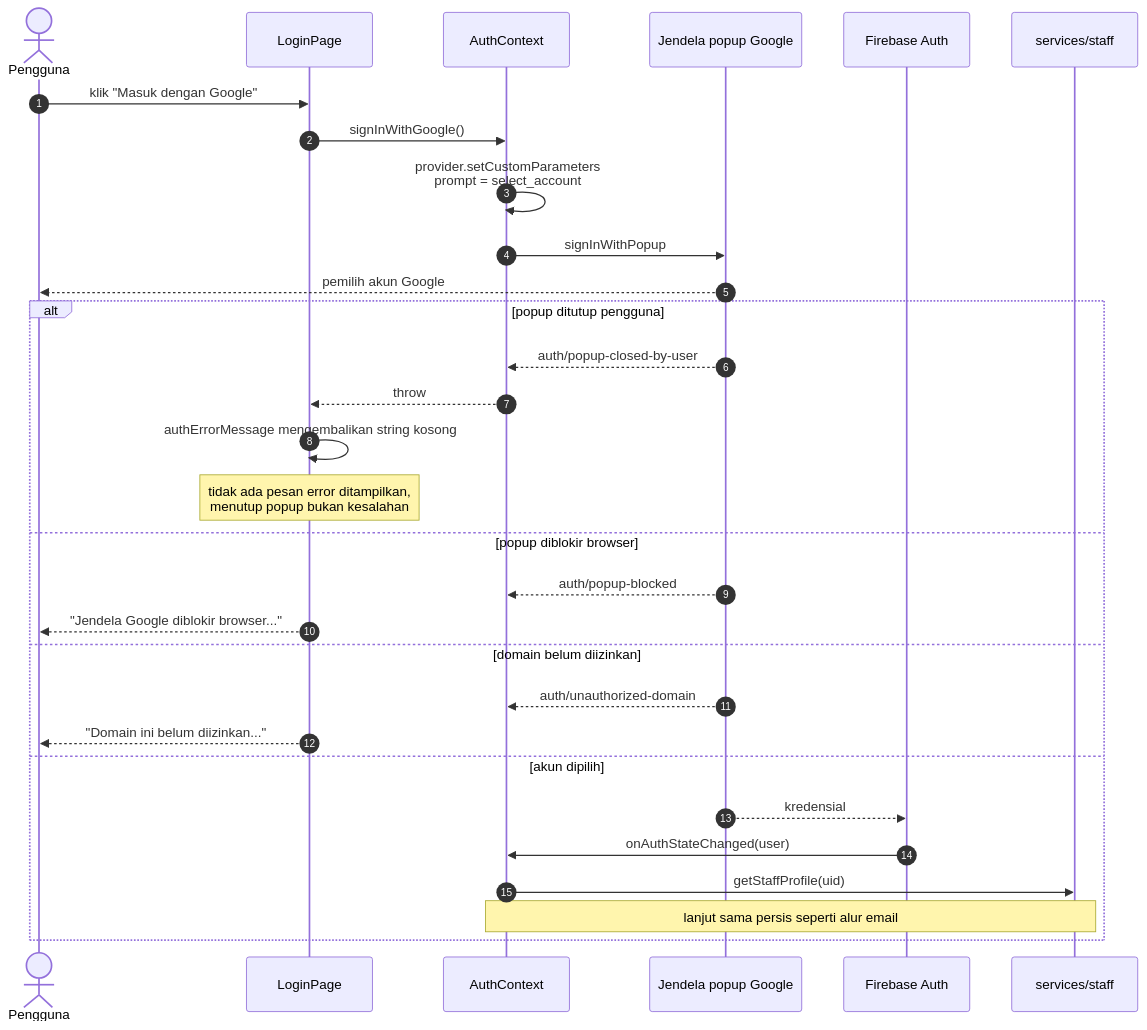
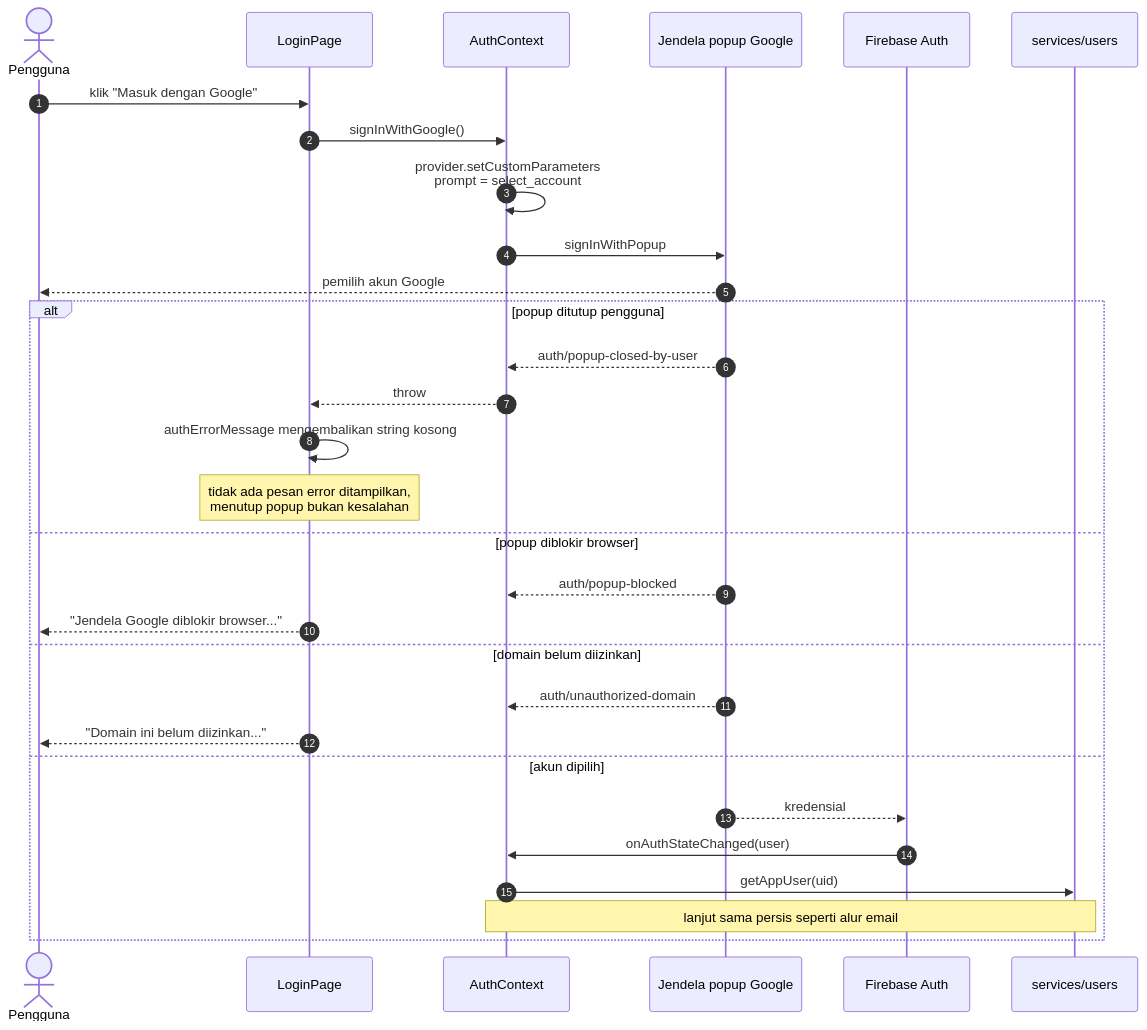
One commit to nadhimc/simple-pos-kkn-agung changed the third of 8 diagrams in docs/autentikasi.md. Above: the diagram before and after it, drawn with Mermaid. The commit also changed other lines of this file and 10 other files, not shown here.

````diff
--- a/docs/autentikasi.md
+++ b/docs/autentikasi.md
@@ -71,34 +137,34 @@
 ```mermaid
 sequenceDiagram
   autonumber
   actor U as Pengguna
   participant LP as LoginPage
   participant AC as AuthContext
   participant Pop as Jendela popup Google
   participant FA as Firebase Auth
-  participant SS as services/staff
+  participant SS as services/users
 
   U->>LP: klik "Masuk dengan Google"
   LP->>AC: signInWithGoogle()
   AC->>AC: provider.setCustomParameters<br/>prompt = select_account
   AC->>Pop: signInWithPopup
   Pop-->>U: pemilih akun Google
 
   alt popup ditutup pengguna
     Pop-->>AC: auth/popup-closed-by-user
     AC-->>LP: throw
     LP->>LP: authErrorMessage mengembalikan string kosong
     Note over LP: tidak ada pesan error ditampilkan,<br/>menutup popup bukan kesalahan
   else popup diblokir browser
     Pop-->>AC: auth/popup-blocked
     LP-->>U: "Jendela Google diblokir browser..."
   else domain belum diizinkan
     Pop-->>AC: auth/unauthorized-domain
     LP-->>U: "Domain ini belum diizinkan..."
   else akun dipilih
     Pop-->>FA: kredensial
     FA->>AC: onAuthStateChanged(user)
-    AC->>SS: getStaffProfile(uid)
+    AC->>SS: getAppUser(uid)
     Note over AC,SS: lanjut sama persis seperti alur email
   end
 ```
````
